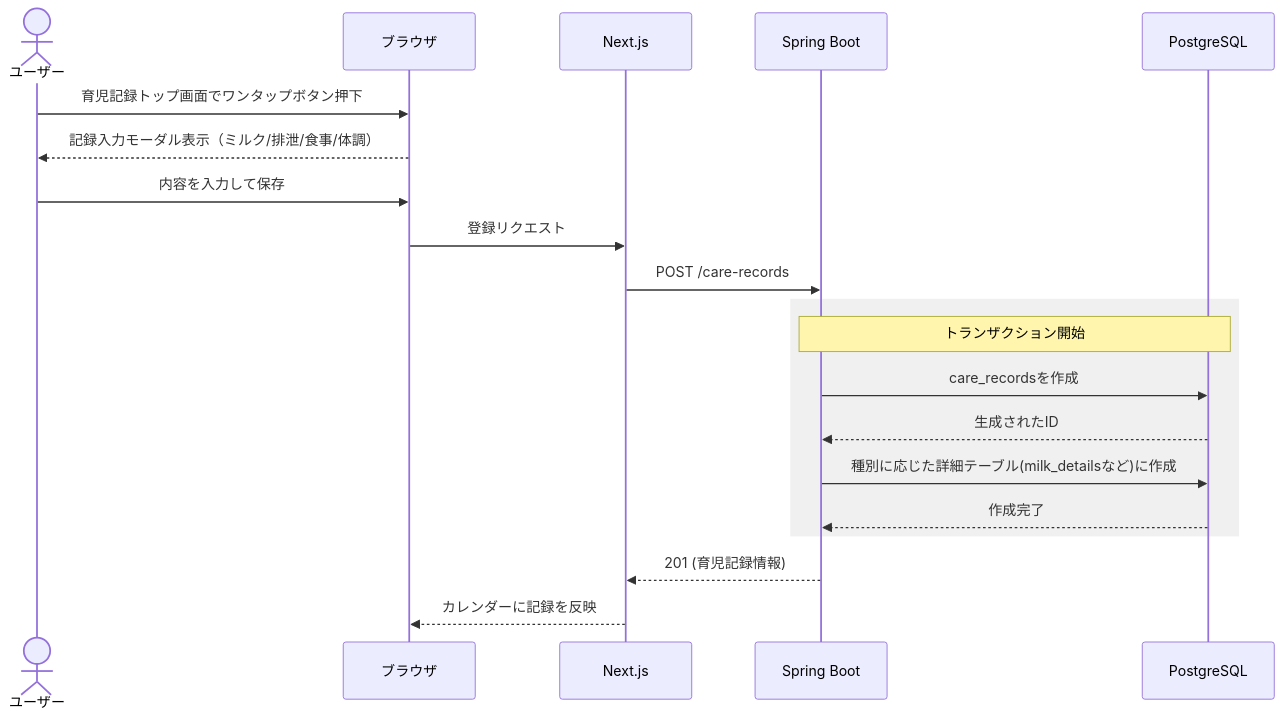
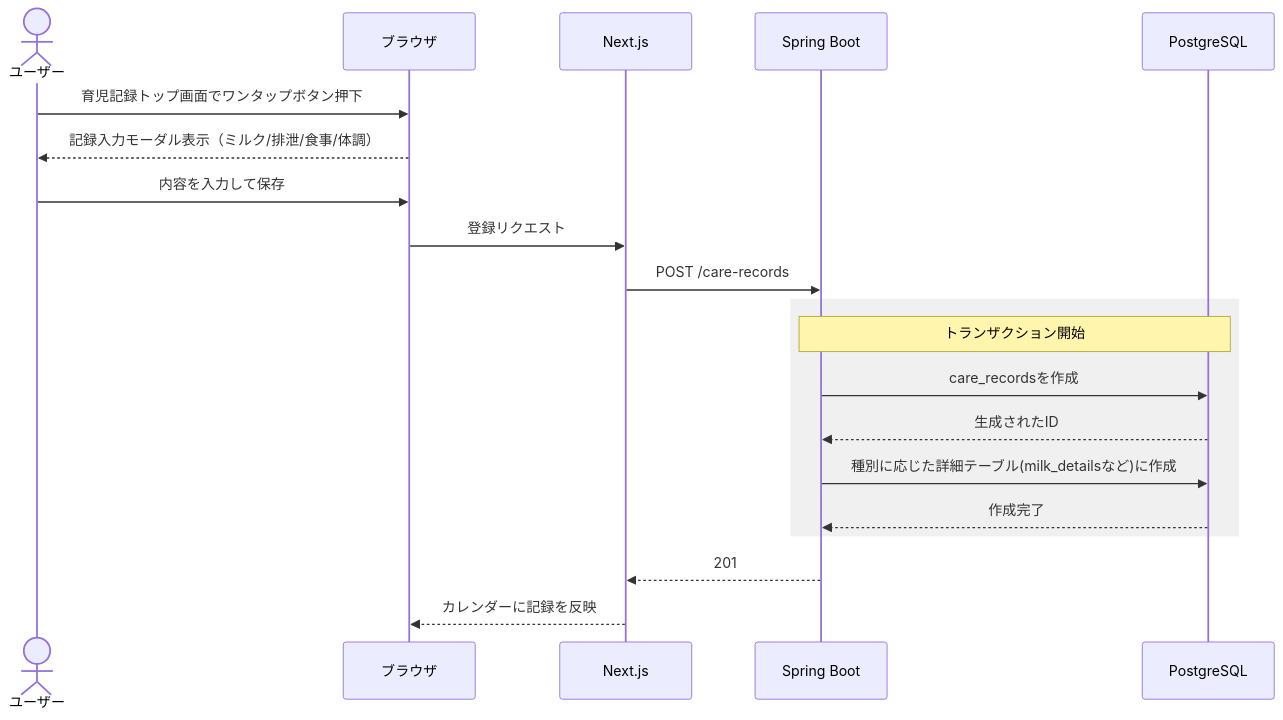
One commit to sakurai1126/chii-piyo changed the seventh of 9 diagrams in docs/sequence.md. Above: the diagram before and after it, drawn with Mermaid. The commit also changed other lines of this file and 1 other file, not shown here.

````diff
--- a/docs/sequence.md
+++ b/docs/sequence.md
@@ -234,26 +248,26 @@
 ```mermaid
 sequenceDiagram
     actor User as ユーザー
     participant Browser as ブラウザ
     participant Next as Next.js
     participant Spring as Spring Boot
     participant DB as PostgreSQL
 
     User->>Browser: 育児記録トップ画面でワンタップボタン押下
     Browser-->>User: 記録入力モーダル表示（ミルク/排泄/食事/体調）
 
     User->>Browser: 内容を入力して保存
 
     Browser->>Next: 登録リクエスト
     Next->>Spring: POST /care-records
     rect rgb(240, 240, 240)
         Note over Spring, DB: トランザクション開始
         Spring->>DB: care_recordsを作成
         DB-->>Spring: 生成されたID
 
         Spring->>DB: 種別に応じた詳細テーブル(milk_detailsなど)に作成
         DB-->>Spring: 作成完了
     end
-    Spring-->>Next: 201 (育児記録情報)
+    Spring-->>Next: 201
     Next-->>Browser: カレンダーに記録を反映
 ```
````
